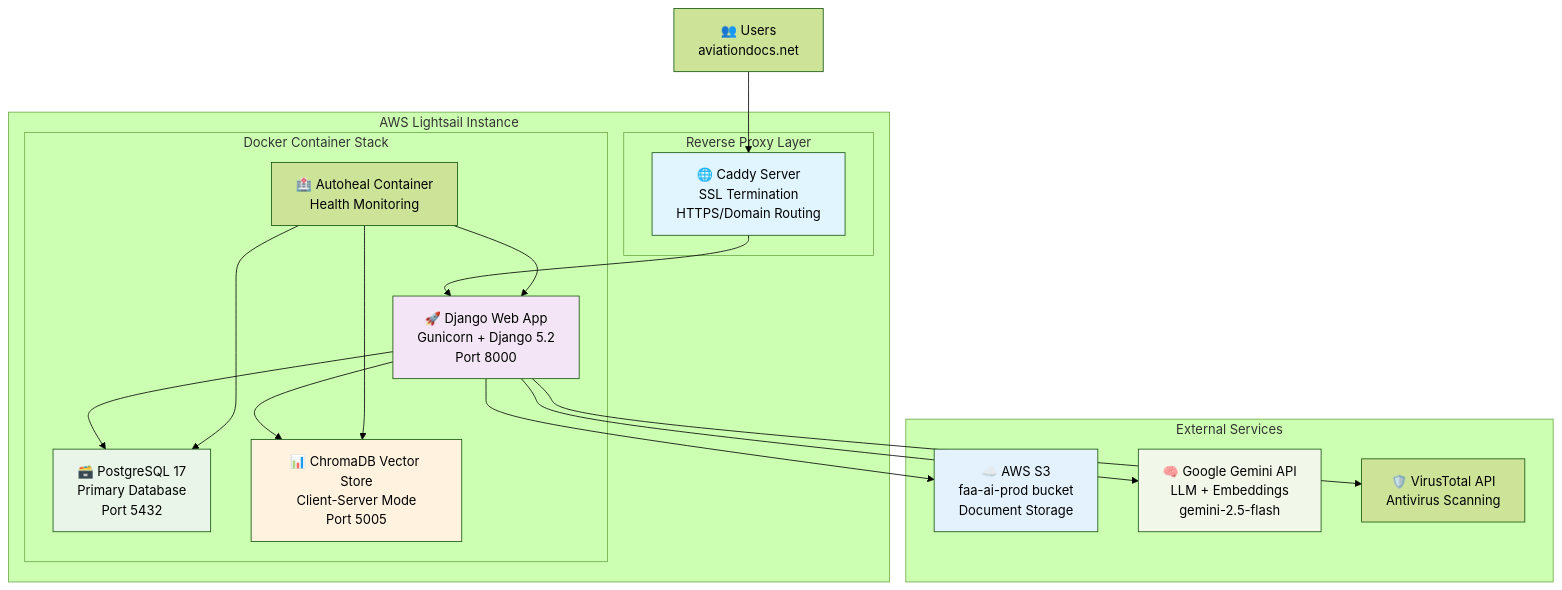
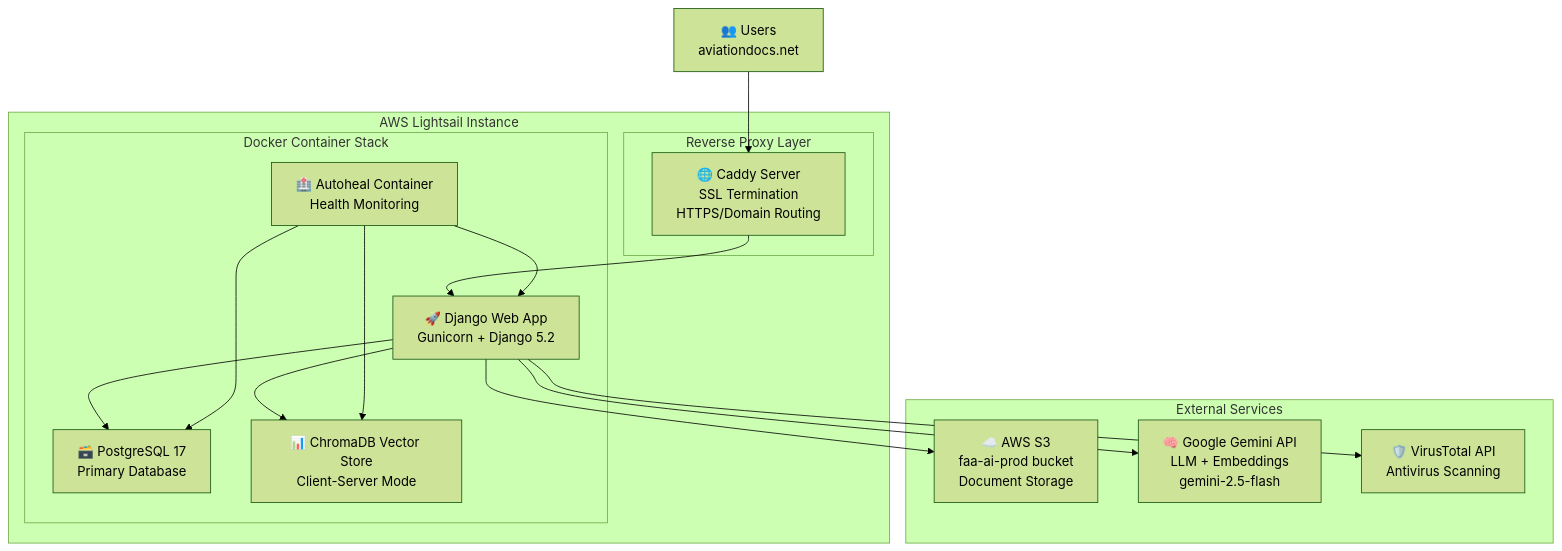
The third of 5 diagrams in src/content/posts/aviation-docs-project.md (beirern/Personal-Website), drawn with Mermaid (forest theme) before and after one commit. The commit also changed other lines of this file and 1 other file, not shown here.

Commit message:
Remove old project and fix diagram contrast

````diff
--- a/src/content/posts/aviation-docs-project.md
+++ b/src/content/posts/aviation-docs-project.md
@@ -134,39 +125,33 @@
 ```mermaid
 graph TB
     subgraph "AWS Lightsail Instance"
         subgraph "Reverse Proxy Layer"
             Caddy["🌐 Caddy Server<br/>SSL Termination<br/>HTTPS/Domain Routing"]
         end
 
         subgraph "Docker Container Stack"
-            Django["🚀 Django Web App<br/>Gunicorn + Django 5.2<br/>Port 8000"]
-            DB["🗃️ PostgreSQL 17<br/>Primary Database<br/>Port 5432"]
-            Vector["📊 ChromaDB Vector Store<br/>Client-Server Mode<br/>Port 5005"]
+            Django["🚀 Django Web App<br/>Gunicorn + Django 5.2<br/>"]
+            DB["🗃️ PostgreSQL 17<br/>Primary Database<br/>"]
+            Vector["📊 ChromaDB Vector Store<br/>Client-Server Mode<br/>"]
             Monitor["🏥 Autoheal Container<br/>Health Monitoring"]
         end
     end
 
     subgraph "External Services"
         S3["☁️ AWS S3<br/>faa-ai-prod bucket<br/>Document Storage"]
         Gemini["🧠 Google Gemini API<br/>LLM + Embeddings<br/>gemini-2.5-flash"]
         VT["🛡️ VirusTotal API<br/>Antivirus Scanning"]
     end
 
     Users["👥 Users<br/>aviationdocs.net"] --> Caddy
     Caddy --> Django
     Django --> DB
     Django --> Vector
     Django --> S3
     Django --> Gemini
     Django --> VT
     Monitor --> Django
     Monitor --> DB
     Monitor --> Vector
 
-    style Caddy fill:#e1f5fe
-    style Django fill:#f3e5f5
-    style DB fill:#e8f5e8
-    style Vector fill:#fff3e0
-    style S3 fill:#e3f2fd
-    style Gemini fill:#f1f8e9
 ```
````
